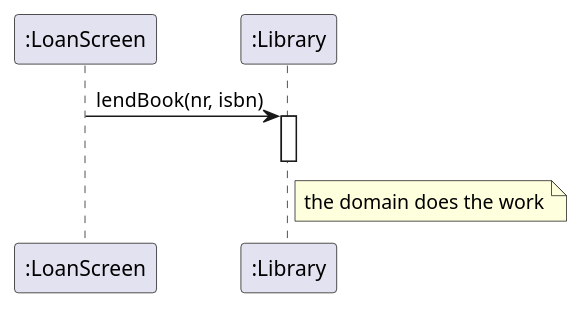
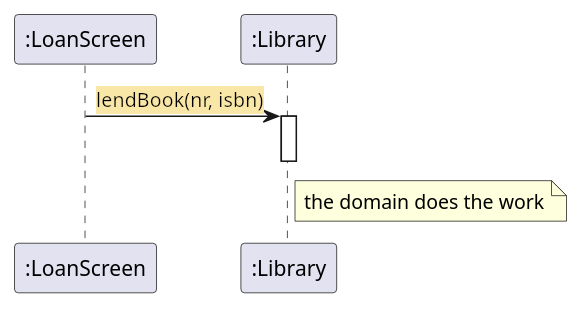
Diagram 12 of 23 in app/check-design/_sections/common-mistakes-before-and-after.mdx (HAN-Craftsmanship-KL-JJG/oose-study), drawn with PlantUML before and after one commit. The commit also changed other lines of this file and 37 other files, not shown here.

````diff
--- a/app/check-design/_sections/common-mistakes-before-and-after.mdx
+++ b/app/check-design/_sections/common-mistakes-before-and-after.mdx
@@ -152,8 +152,8 @@
 ```plantuml
     participant ":LoanScreen" as UI
     participant ":Library" as B
-    UI -> B : lendBook(nr, isbn)
+    UI -> B : <back:#F9E7A8>lendBook(nr, isbn)</back>
     activate B
     note right of B : the domain does the work
     deactivate B
 ```
````
